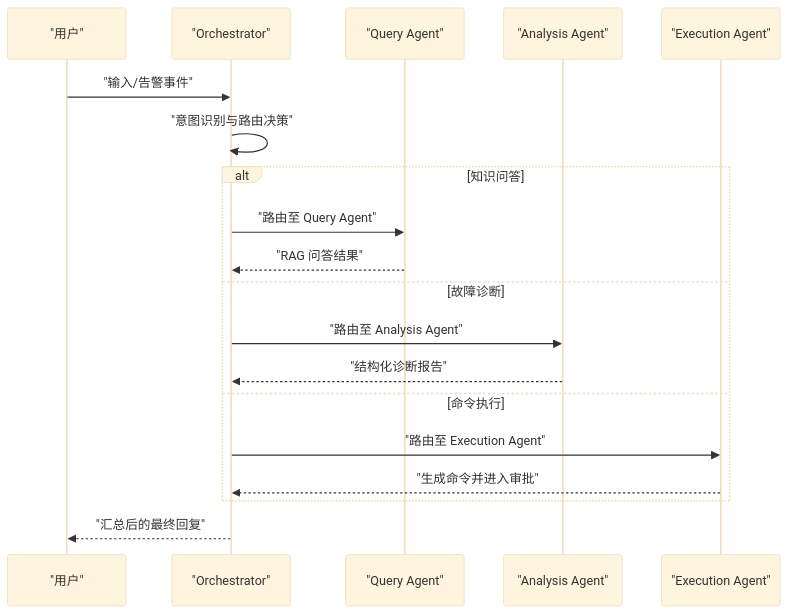
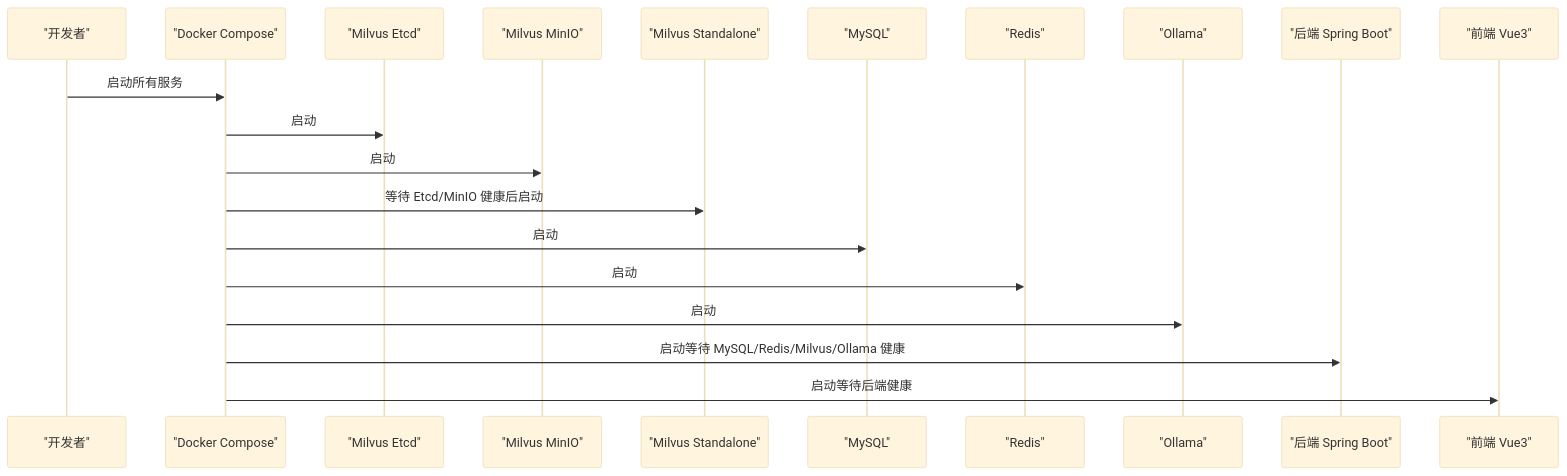
One commit to lyyzzz6/AIops changed the third of 5 diagrams in .qoder/repowiki/zh/content/快速开始.md. Above: the diagram before and after it, drawn with Mermaid (base theme). The commit also changed other lines of this file and 371 other files, not shown here.

````diff
--- a/.qoder/repowiki/zh/content/快速开始.md
+++ b/.qoder/repowiki/zh/content/快速开始.md
@@ -86,21 +183,22 @@
 ```mermaid
 sequenceDiagram
-participant U as "用户"
-participant O as "Orchestrator"
-participant Q as "Query Agent"
-participant A as "Analysis Agent"
-participant E as "Execution Agent"
-U->>O : "输入/告警事件"
-O->>O : "意图识别与路由决策"
-alt 知识问答
-O->>Q : "路由至 Query Agent"
-Q-->>O : "RAG 问答结果"
-else 故障诊断
-O->>A : "路由至 Analysis Agent"
-A-->>O : "结构化诊断报告"
-else 命令执行
-O->>E : "路由至 Execution Agent"
-E-->>O : "生成命令并进入审批"
-end
-O-->>U : "汇总后的最终回复"
+participant Dev as "开发者"
+participant Compose as "Docker Compose"
+participant Etcd as "Milvus Etcd"
+participant Minio as "Milvus MinIO"
+participant Milvus as "Milvus Standalone"
+participant MySQL as "MySQL"
+participant Redis as "Redis"
+participant Ollama as "Ollama"
+participant Backend as "后端 Spring Boot"
+participant Frontend as "前端 Vue3"
+Dev->>Compose : 启动所有服务
+Compose->>Etcd : 启动
+Compose->>Minio : 启动
+Compose->>Milvus : 等待 Etcd/MinIO 健康后启动
+Compose->>MySQL : 启动
+Compose->>Redis : 启动
+Compose->>Ollama : 启动
+Compose->>Backend : 启动等待 MySQL/Redis/Milvus/Ollama 健康
+Compose->>Frontend : 启动等待后端健康
 ```
````
